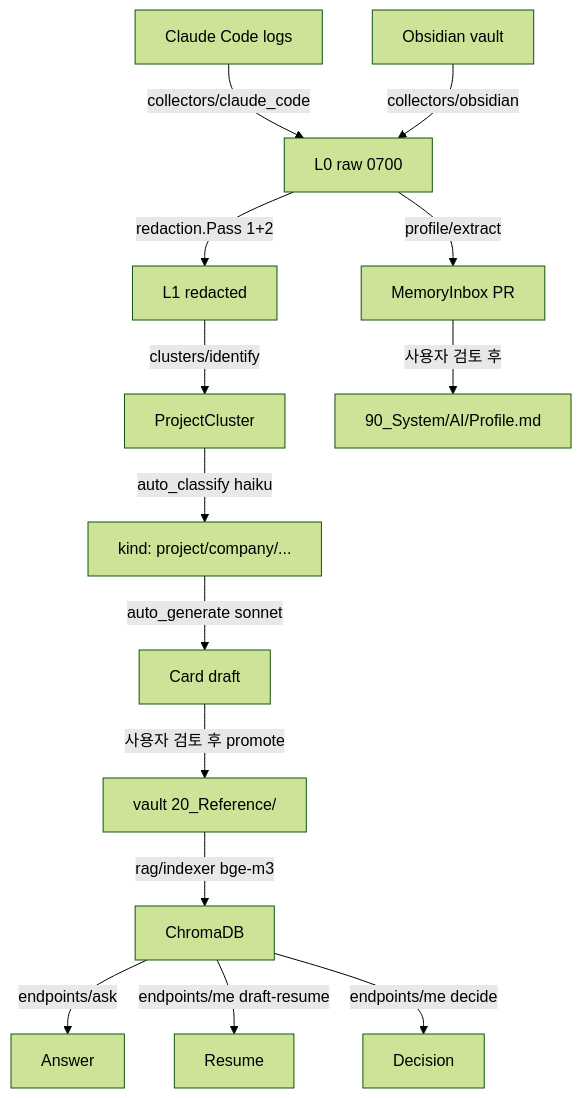
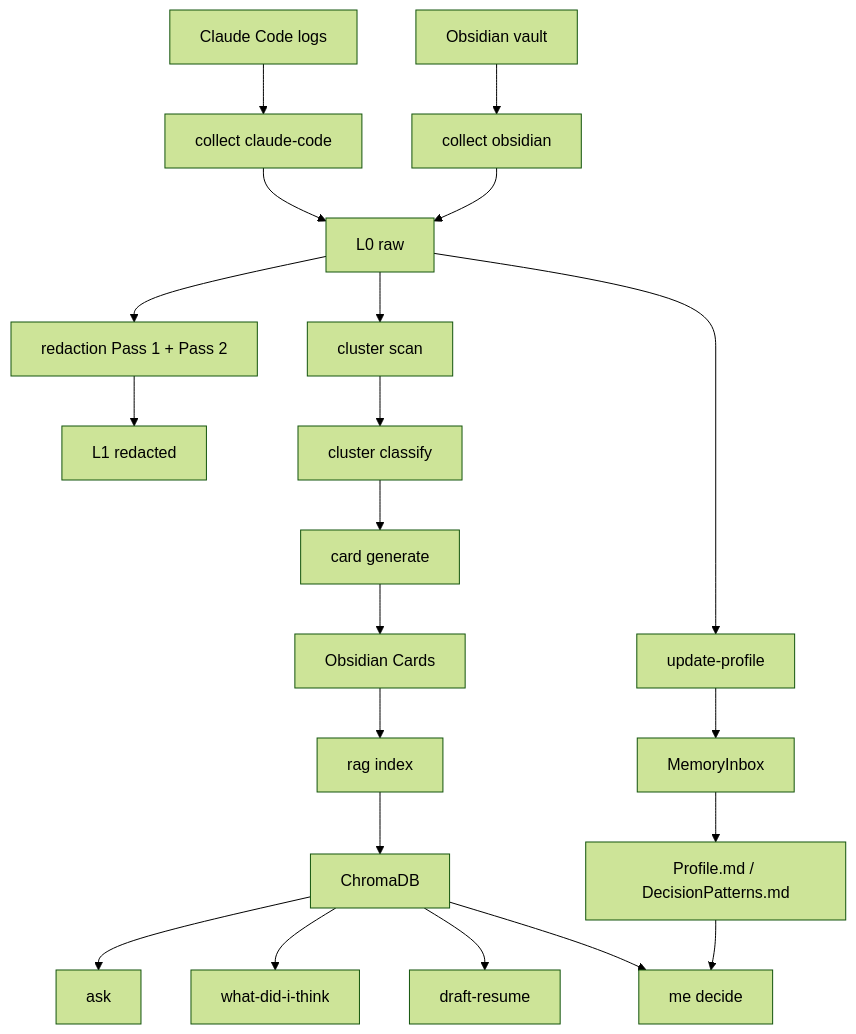
One commit to Jimmy-Jung/synapse-memory changed the diagram in docs/architecture.md. Above: the diagram before and after it, drawn with Mermaid (forest theme). The commit also changed other lines of this file and 3 other files, not shown here.

First line of the commit message:
docs: 문서 hub 추가 + architecture/backlog/development 어조 정리

````diff
--- a/docs/architecture.md
+++ b/docs/architecture.md
@@ -83,16 +40,23 @@
 ```mermaid
 graph TD
-    A[Claude Code logs] -->|collectors/claude_code| L0
-    B[Obsidian vault] -->|collectors/obsidian| L0
-    L0[L0 raw 0700] -->|redaction.Pass 1+2| L1
-    L1[L1 redacted] -->|clusters/identify| C[ProjectCluster]
-    C -->|auto_classify haiku| K[kind: project/company/...]
-    K -->|auto_generate sonnet| Card
-    Card[Card draft] -->|사용자 검토 후 promote| L2
-    L2[vault 20_Reference/] -->|rag/indexer bge-m3| L3
-    L3[ChromaDB] -->|endpoints/ask| Answer
-    L3 -->|endpoints/me draft-resume| Resume
-    L3 -->|endpoints/me decide| Decision
-    L0 -->|profile/extract| MIBox[MemoryInbox PR]
-    MIBox -->|사용자 검토 후| Profile[90_System/AI/Profile.md]
+    CC[Claude Code logs] --> C1[collect claude-code]
+    OBS[Obsidian vault] --> C2[collect obsidian]
+    C1 --> L0[L0 raw]
+    C2 --> L0
+    L0 --> RED[redaction Pass 1 + Pass 2]
+    RED --> L1[L1 redacted]
+    L0 --> CL[cluster scan]
+    CL --> CLS[cluster classify]
+    CLS --> GEN[card generate]
+    GEN --> L2[Obsidian Cards]
+    L2 --> IDX[rag index]
+    IDX --> L3[ChromaDB]
+    L3 --> ASK[ask]
+    L3 --> WDT[what-did-i-think]
+    L3 --> RESUME[draft-resume]
+    L0 --> PROF[update-profile]
+    PROF --> MI[MemoryInbox]
+    MI --> PROFILE[Profile.md / DecisionPatterns.md]
+    PROFILE --> DECIDE[me decide]
+    L3 --> DECIDE
 ```
````
